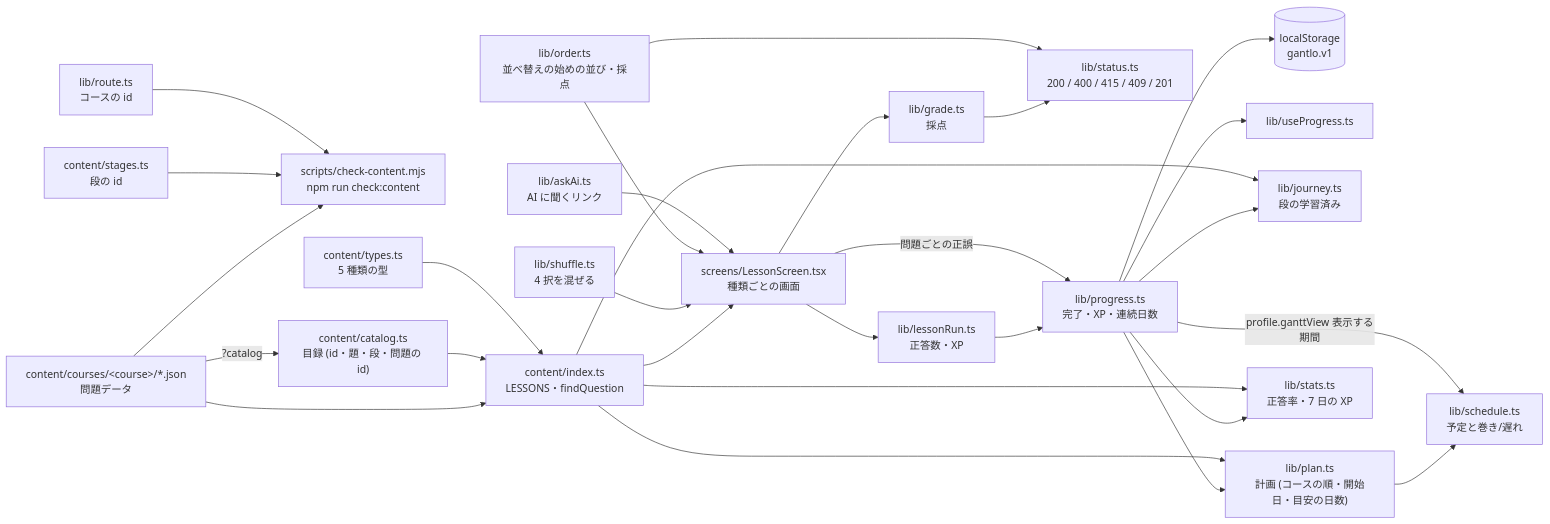
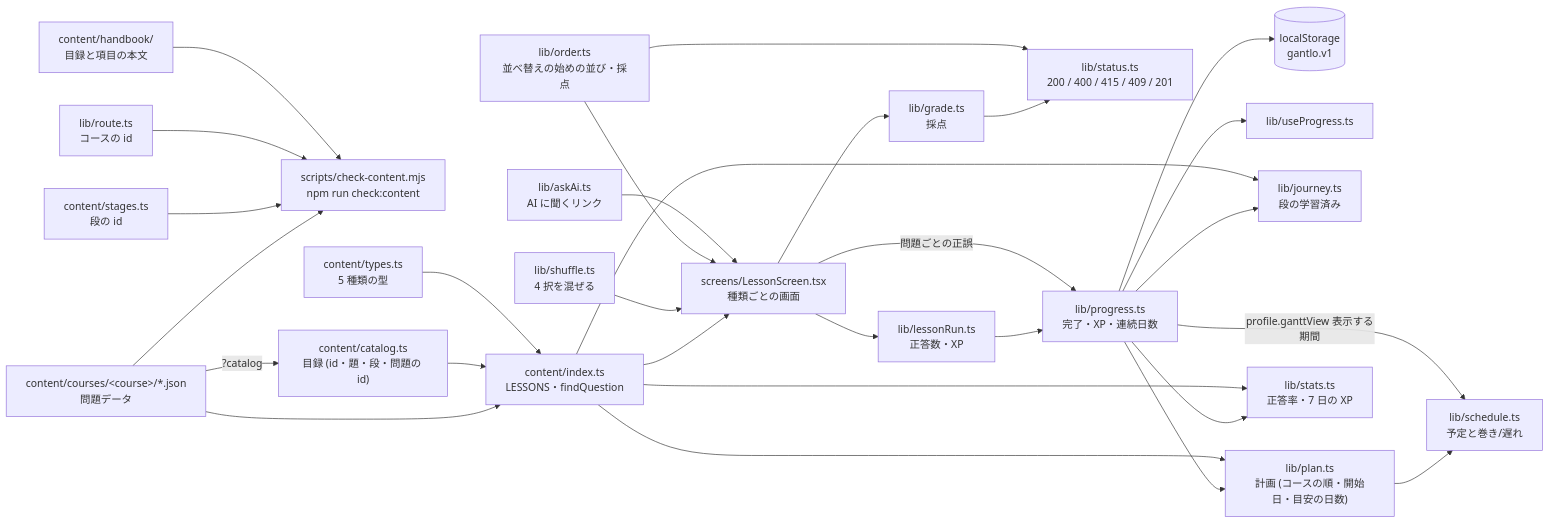
One commit to maco165/gantlo changed the second of 3 diagrams in README.md. Above: the diagram before and after it, drawn with Mermaid. The commit also changed other lines of this file and 25 other files, not shown here.

````diff
--- a/README.md
+++ b/README.md
@@ -141,30 +156,31 @@
 ```mermaid
 flowchart LR
   json["content/courses/#lt;course#gt;/*.json<br/>問題データ"] --> check["scripts/check-content.mjs<br/>npm run check:content"]
   stages["content/stages.ts<br/>段の id"] --> check
   courses["lib/route.ts<br/>コースの id"] --> check
+  hbdata["content/handbook/<br/>目録と項目の本文"] --> check
   json --> index["content/index.ts<br/>LESSONS・findQuestion"]
   json -->|?catalog| catalog["content/catalog.ts<br/>目録 (id・題・段・問題の id)"]
   catalog --> index
   types["content/types.ts<br/>5 種類の型"] --> index
   index --> lesson["screens/LessonScreen.tsx<br/>種類ごとの画面"]
   shuffle["lib/shuffle.ts<br/>4 択を混ぜる"] --> lesson
   order["lib/order.ts<br/>並べ替えの始めの並び・採点"] --> lesson
   ask["lib/askAi.ts<br/>AI に聞くリンク"] --> lesson
   lesson --> grade["lib/grade.ts<br/>採点"]
   grade --> st["lib/status.ts<br/>200 / 400 / 415 / 409 / 201"]
   order --> st
   lesson --> run["lib/lessonRun.ts<br/>正答数・XP"]
   run --> progress["lib/progress.ts<br/>完了・XP・連続日数"]
   lesson -->|問題ごとの正誤| progress
   progress --> ls[("localStorage<br/>gantlo.v1")]
   progress --> hook["lib/useProgress.ts"]
   progress --> journey["lib/journey.ts<br/>段の学習済み"]
   progress --> planlib["lib/plan.ts<br/>計画 (コースの順・開始日・目安の日数)"]
   planlib --> schedlib["lib/schedule.ts<br/>予定と巻き/遅れ"]
   progress -->|profile.ganttView 表示する期間| schedlib
   index --> journey
   index --> planlib
   progress --> statslib["lib/stats.ts<br/>正答率・7 日の XP"]
   index --> statslib
 ```
````
